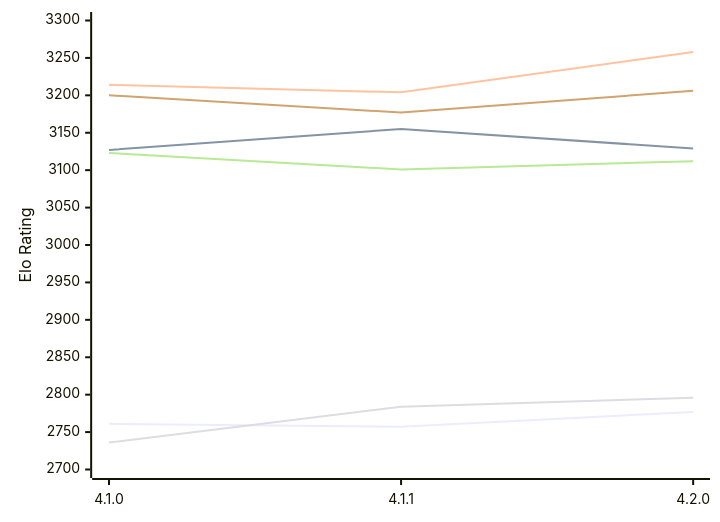
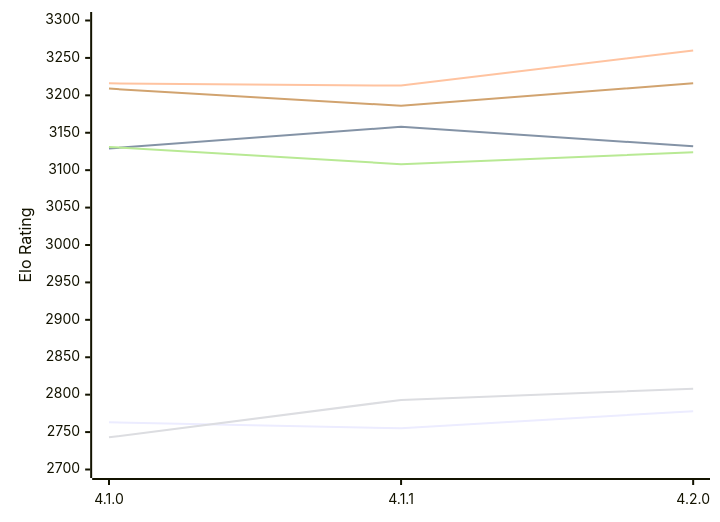
Before and after one commit to computer-chess-index/cci: the diagram in engines/LunaChessEngine.md, drawn with Mermaid. The commit also changed other lines of this file, not shown here.

Commit message:
Update CCI Ratings (ELO VLTC) - 2026-11-25

````diff
--- a/engines/LunaChessEngine.md
+++ b/engines/LunaChessEngine.md
@@ -51,12 +51,12 @@
 ```mermaid
 %%{init: {"theme":"base","themeVariables":{"seriesColors:['#a3a3a3','#222221','#faa371']}}}%%
 xychart-beta
   x-axis ["4.1.0", "4.1.1", "4.2.0"]
   y-axis "Elo Rating" 2700 --> 3300
-  line "E1: STC (8.0+0.08s)" [2761, 2757, 2777]
-  line "E1: LTC (60.0+0.60s)" [3127, 3155, 3129]
-  line "E1: VLTC (2m24s+1.12s)" [3214, 3204, 3258]
-  line "P1: STC (8.0+0.08s)" [2736, 2784, 2796]
-  line "P1: LTC (60.0+0.60s)" [3123, 3101, 3112]
-  line "P1: VLTC (2m24s+1.12s)" [3200, 3177, 3206]
+  line "E1: STC (8.0+0.08s)" [2763, 2755, 2778]
+  line "E1: LTC (60.0+0.60s)" [3129, 3158, 3132]
+  line "E1: VLTC (2m24s+1.12s)" [3216, 3213, 3260]
+  line "P1: STC (8.0+0.08s)" [2743, 2793, 2808]
+  line "P1: LTC (60.0+0.60s)" [3131, 3108, 3124]
+  line "P1: VLTC (2m24s+1.12s)" [3209, 3186, 3216]
 ```
````
